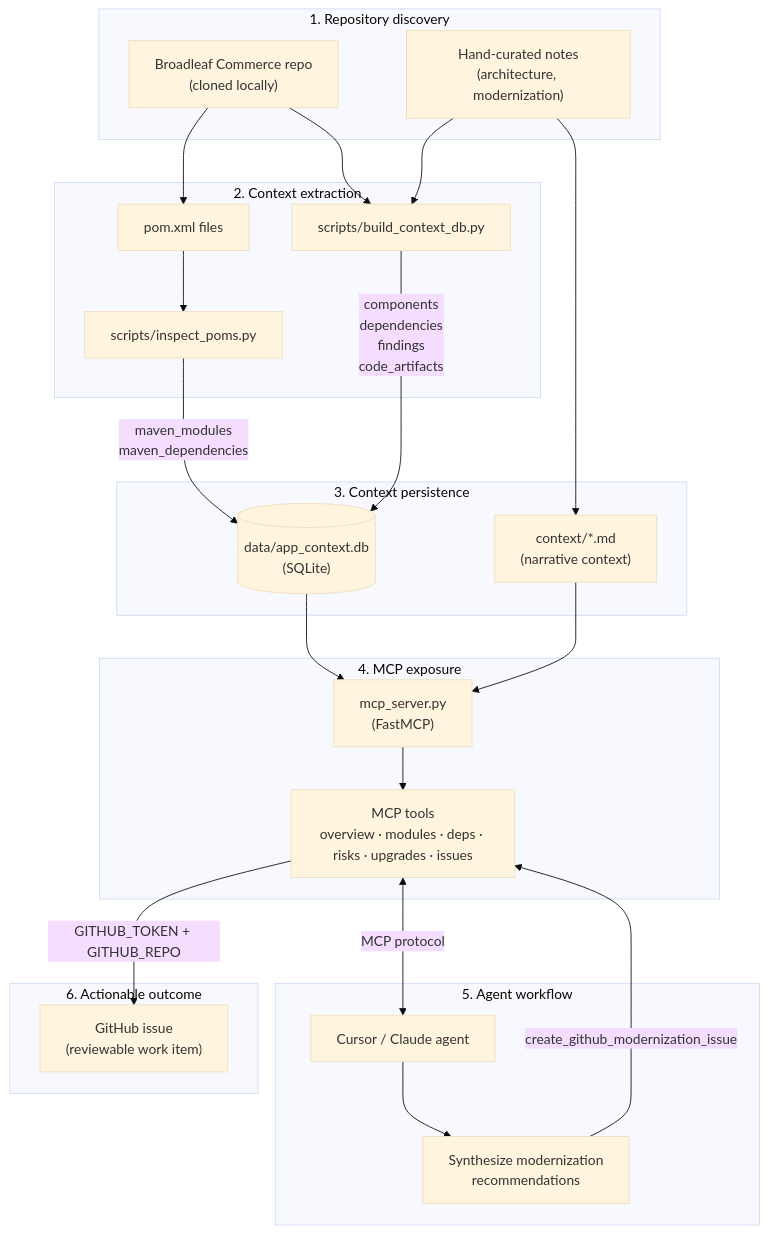
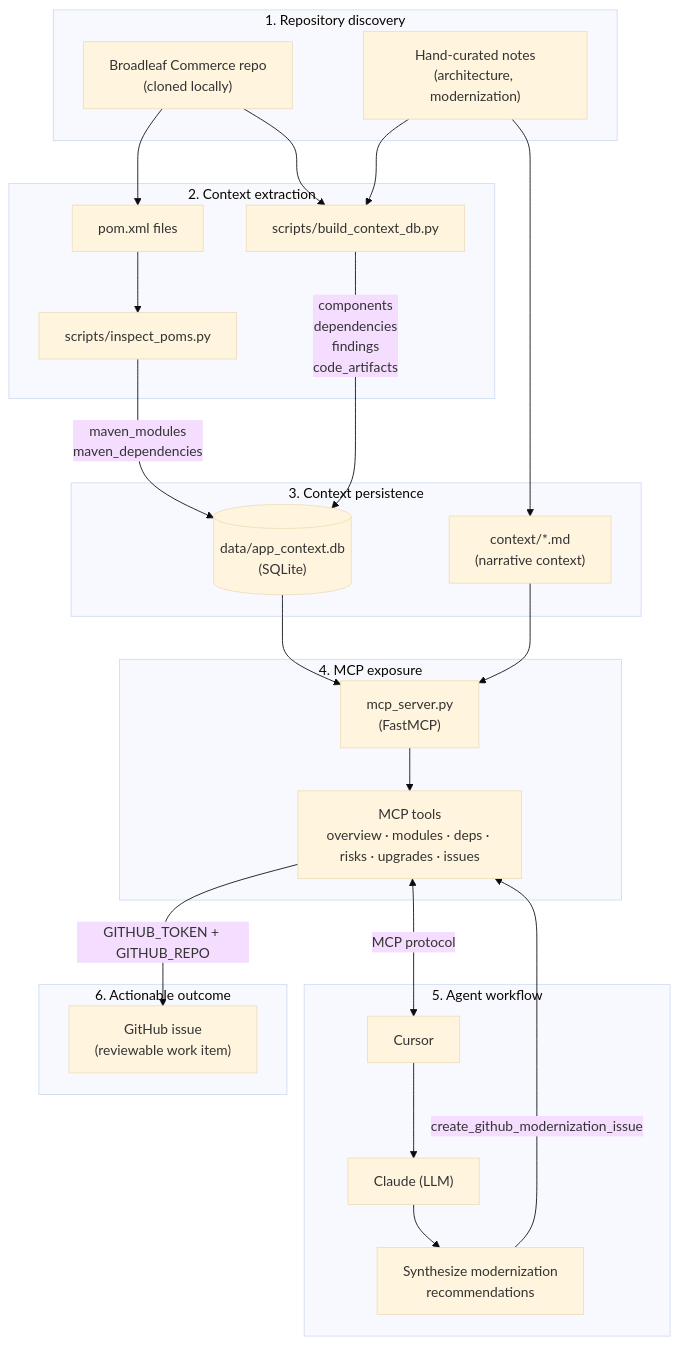
Before and after one commit to cas-testorg/BroadleafCommerce: the diagram in broadleaf-modernization-mcp/README.md, drawn with Mermaid (base theme). The commit also changed other lines of this file, not shown here.

````diff
--- a/broadleaf-modernization-mcp/README.md
+++ b/broadleaf-modernization-mcp/README.md
@@ -74,50 +78,52 @@
 ```mermaid
 flowchart TB
     subgraph discovery["1. Repository discovery"]
         REPO["Broadleaf Commerce repo<br/>(cloned locally)"]
         CURATED["Hand-curated notes<br/>(architecture, modernization)"]
     end
 
     subgraph extraction["2. Context extraction"]
         INSPECT["scripts/inspect_poms.py"]
         BUILD["scripts/build_context_db.py"]
         POMS["pom.xml files"]
     end
 
     subgraph persistence["3. Context persistence"]
         DB[("data/app_context.db<br/>(SQLite)")]
         MD["context/*.md<br/>(narrative context)"]
     end
 
     subgraph mcp["4. MCP exposure"]
         SERVER["mcp_server.py<br/>(FastMCP)"]
         TOOLS["MCP tools<br/>overview · modules · deps · risks · upgrades · issues"]
     end
 
     subgraph agent["5. Agent workflow"]
-        CURSOR["Cursor / Claude agent"]
+        CURSOR["Cursor"]
+        LLM["Claude (LLM)"]
         SYNTH["Synthesize modernization<br/>recommendations"]
     end
 
     subgraph outcome["6. Actionable outcome"]
         GH["GitHub issue<br/>(reviewable work item)"]
     end
 
     REPO --> POMS
     POMS --> INSPECT
     REPO --> BUILD
     CURATED --> BUILD
 
     INSPECT -->|"maven_modules<br/>maven_dependencies"| DB
     BUILD -->|"components<br/>dependencies<br/>findings<br/>code_artifacts"| DB
     CURATED --> MD
 
     DB --> SERVER
     MD --> SERVER
     SERVER --> TOOLS
 
     TOOLS <-->|"MCP protocol"| CURSOR
-    CURSOR --> SYNTH
+    CURSOR --> LLM
+    LLM --> SYNTH
     SYNTH -->|"create_github_modernization_issue"| TOOLS
     TOOLS -->|"GITHUB_TOKEN + GITHUB_REPO"| GH
 ```
````
